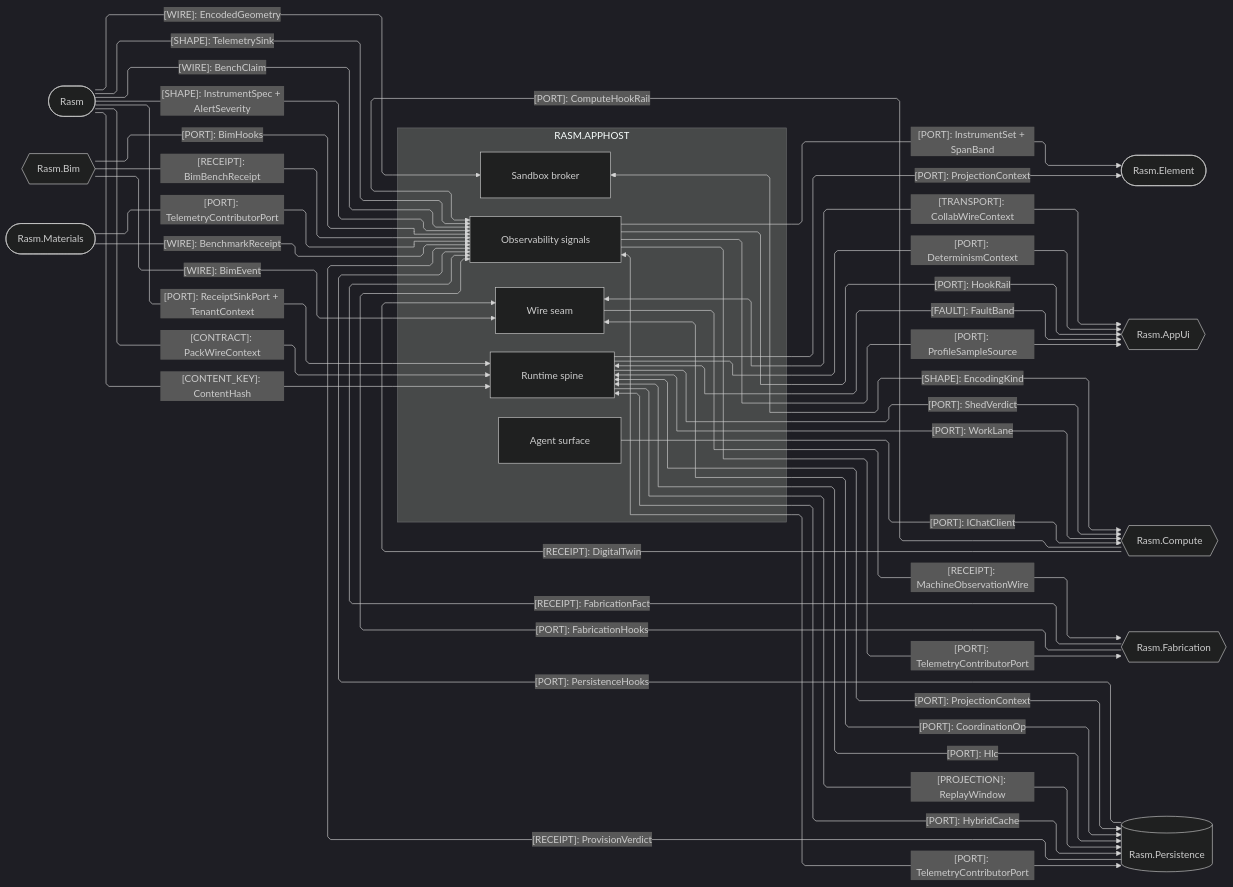
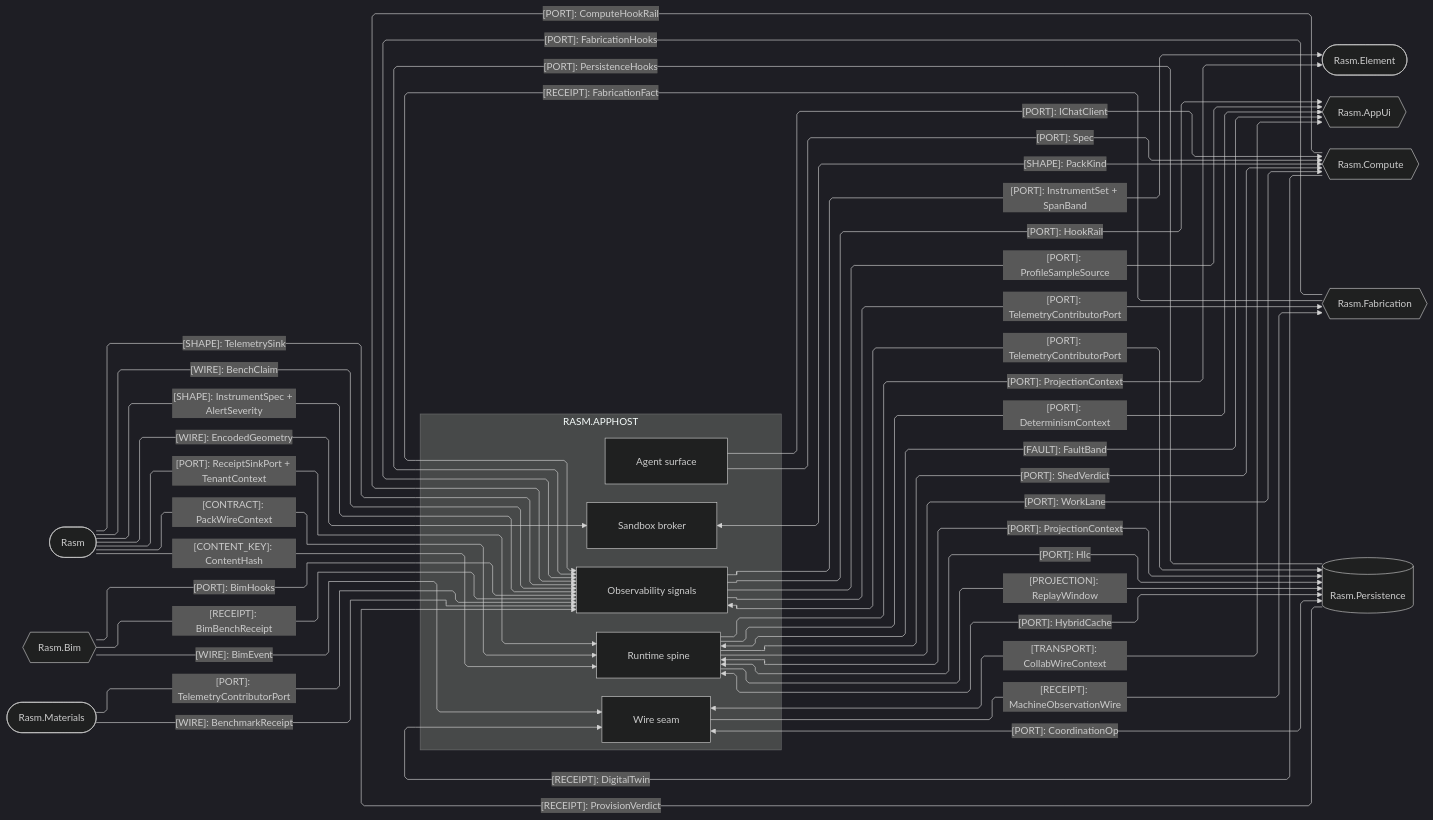
The third of 4 diagrams in libs/csharp/Rasm.AppHost/ARCHITECTURE.md (bsamiee/Rasm), drawn with Mermaid (dark theme) before and after one commit. The commit also changed other lines of this file and 138 other files, not shown here.

````diff
--- a/libs/csharp/Rasm.AppHost/ARCHITECTURE.md
+++ b/libs/csharp/Rasm.AppHost/ARCHITECTURE.md
@@ -152,64 +151,65 @@
 ```mermaid
 ---
 config:
   layout: elk
   flowchart:
     curve: linear
     padding: 25
 ---
 flowchart LR
     accTitle: AppHost C# platform seams
-    accDescr: AppHost sub-domain owners exchanging ports, shapes, wires, receipts, content keys, projections, transports, and faults with every C# peer, one edge per kind.
+    accDescr: AppHost sub-domain owners exchanging ports, shapes, wires, contracts, receipts, content keys, projections, transports, and faults with every C# peer, one edge per kind.
     subgraph apphost[RASM.APPHOST]
         Runtime[Runtime spine]
         Agent[Agent surface]
         Wire[Wire seam]
         Sandbox[Sandbox broker]
         Observability[Observability signals]
     end
     Kernel([Rasm])
     Bim{{Rasm.Bim}}
     Element([Rasm.Element])
     Materials([Rasm.Materials])
     AppUi{{Rasm.AppUi}}
     Compute{{Rasm.Compute}}
     Fabrication{{Rasm.Fabrication}}
     Persistence[(Rasm.Persistence)]
     Kernel -->|"[WIRE]: EncodedGeometry"| Sandbox
     Kernel e23@-->|"[SHAPE]: TelemetrySink"| Observability
     Kernel e24@-->|"[WIRE]: BenchClaim"| Observability
     Kernel e40@-->|"[SHAPE]: InstrumentSpec + AlertSeverity"| Observability
     Kernel e30@-->|"[CONTENT_KEY]: ContentHash"| Runtime
     Kernel e42@-->|"[CONTRACT]: PackWireContext"| Runtime
     Kernel e41@-->|"[PORT]: ReceiptSinkPort + TenantContext"| Runtime
     Bim e25@-->|"[PORT]: BimHooks"| Observability
     Bim e26@-->|"[RECEIPT]: BimBenchReceipt"| Observability
     Bim e39@-->|"[WIRE]: BimEvent"| Wire
     Runtime e3@-->|"[PORT]: ProjectionContext"| Element
     Observability e31@-->|"[PORT]: InstrumentSet + SpanBand"| Element
     Materials e32@-->|"[PORT]: TelemetryContributorPort"| Observability
     Materials e33@-->|"[WIRE]: BenchmarkReceipt"| Observability
     Runtime -->|"[PORT]: DeterminismContext"| AppUi
     Runtime e6@<-->|"[PORT]: ProjectionContext"| Persistence
     Wire e8@<-->|"[PORT]: CoordinationOp"| Persistence
     Runtime e15@<-->|"[PORT]: Hlc"| Persistence
     Runtime e16@-->|"[PROJECTION]: ReplayWindow"| Persistence
     Runtime e17@<-->|"[PORT]: HybridCache"| Persistence
     Persistence e18@-->|"[RECEIPT]: ProvisionVerdict"| Observability
     Observability e14@<-->|"[PORT]: TelemetryContributorPort"| Persistence
     Persistence e34@-->|"[PORT]: PersistenceHooks"| Observability
     Observability e19@-->|"[PORT]: HookRail"| AppUi
     Runtime e20@<-->|"[FAULT]: FaultBand"| AppUi
     Observability e27@-->|"[PORT]: ProfileSampleSource"| AppUi
     Fabrication e21@-->|"[RECEIPT]: FabricationFact"| Observability
     Fabrication e35@-->|"[PORT]: FabricationHooks"| Observability
     Observability e22@-->|"[PORT]: TelemetryContributorPort"| Fabrication
     Wire e28@-->|"[RECEIPT]: MachineObservationWire"| Fabrication
     Runtime -->|"[PORT]: ShedVerdict"| Compute
-    Runtime e36@<-->|"[PORT]: WorkLane"| Compute
+    Runtime e36@-->|"[PORT]: WorkLane"| Compute
     Agent -->|"[PORT]: IChatClient"| Compute
+    Agent -->|"[PORT]: Spec"| Compute
     Compute e37@-->|"[PORT]: ComputeHookRail"| Observability
     Compute e38@-->|"[RECEIPT]: DigitalTwin"| Wire
     Wire e29@<-->|"[TRANSPORT]: CollabWireContext"| AppUi
-    Sandbox <-->|"[SHAPE]: EncodingKind"| Compute
+    Sandbox <-->|"[SHAPE]: PackKind"| Compute
 ```
````
